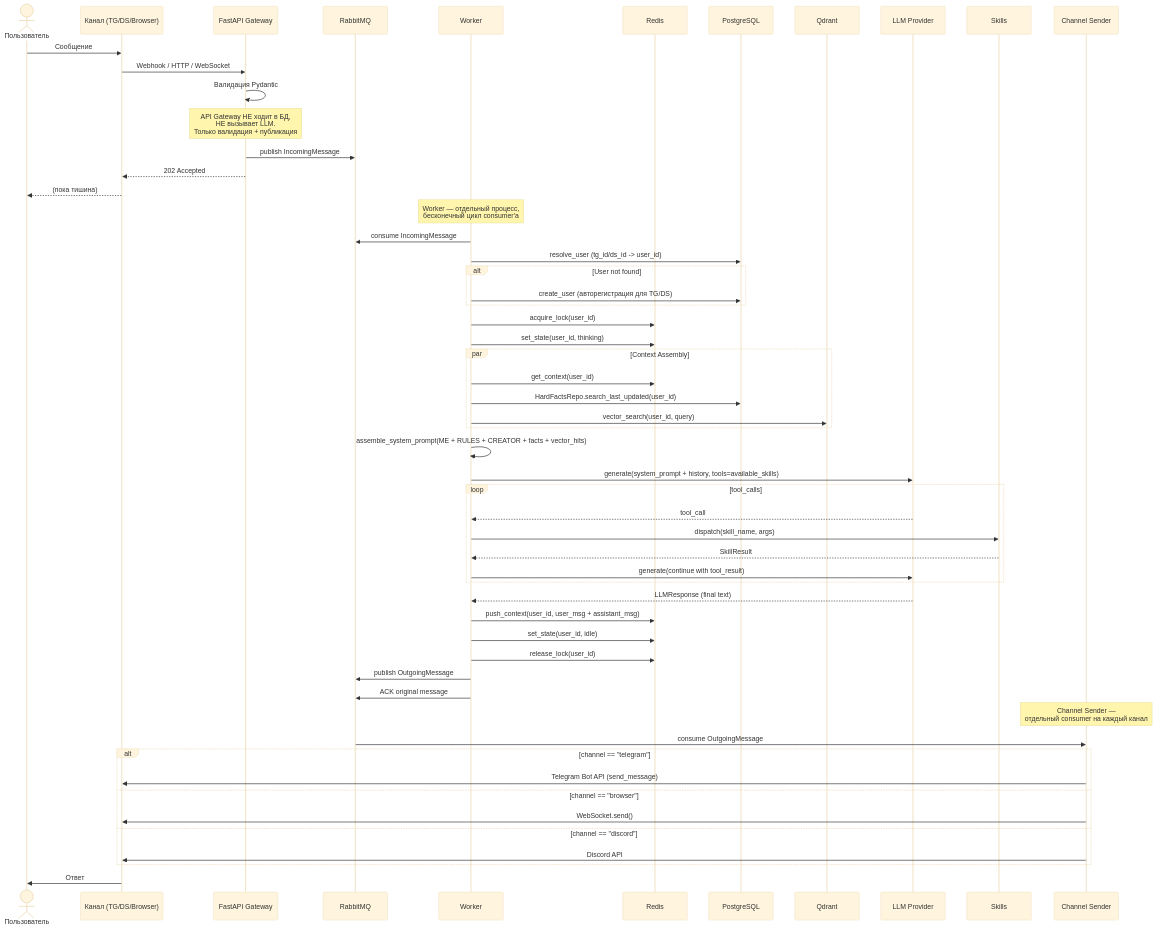
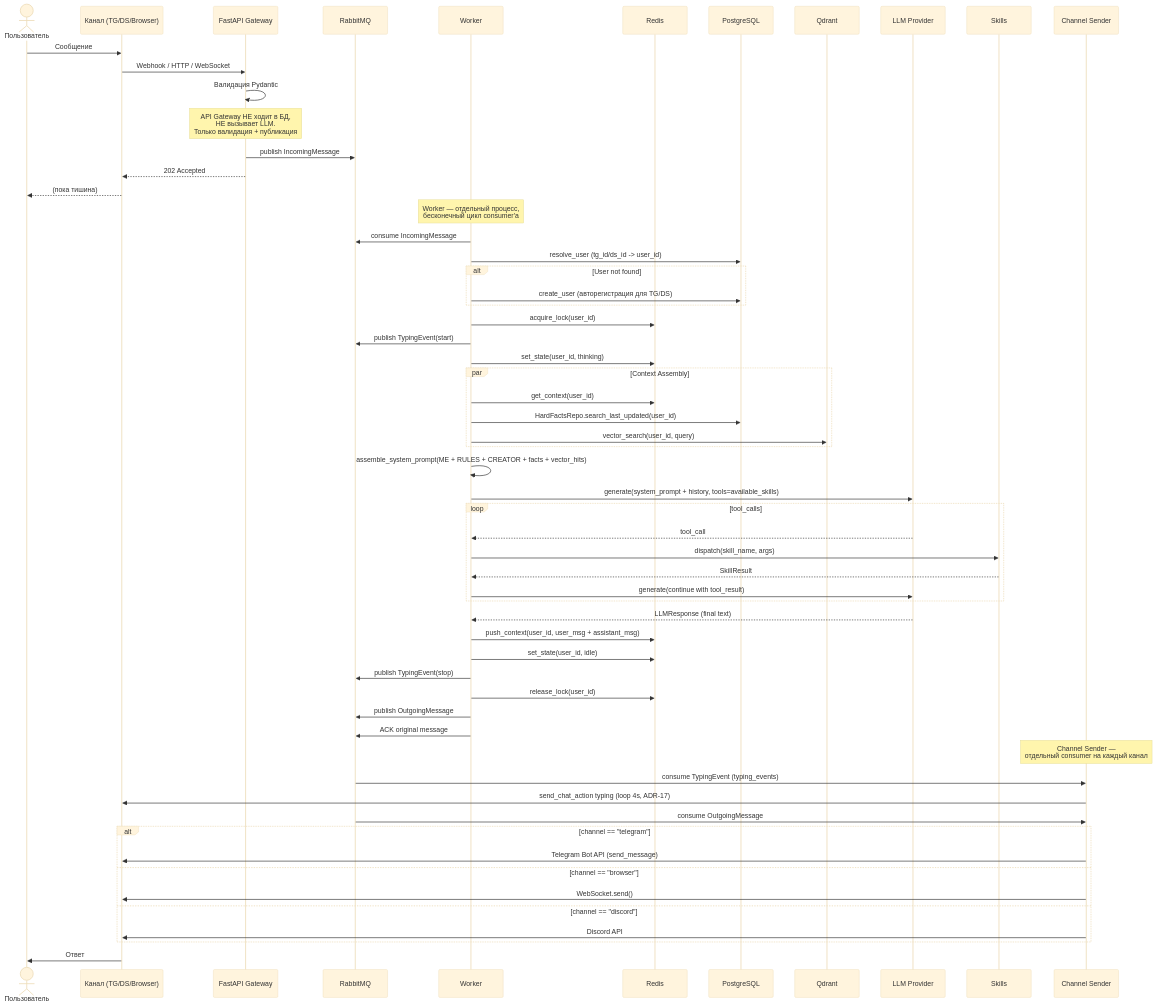
The first of 5 diagrams in docs/ARCHITECTURE_FULL.md (Sh1yden/Nodya), drawn with Mermaid (base theme) before and after one commit. The commit also changed other lines of this file and 30 other files, not shown here.

````diff
--- a/docs/ARCHITECTURE_FULL.md
+++ b/docs/ARCHITECTURE_FULL.md
@@ -115,67 +115,70 @@
 ```mermaid
 sequenceDiagram
     actor U as Пользователь
     participant CH as Канал (TG/DS/Browser)
     participant GW as FastAPI Gateway
     participant MQ as RabbitMQ
     participant W as Worker
     participant R as Redis
     participant PG as PostgreSQL
     participant QD as Qdrant
     participant LLM as LLM Provider
     participant SK as Skills
     participant SN as Channel Sender
 
     U->>CH: Сообщение
     CH->>GW: Webhook / HTTP / WebSocket
     GW->>GW: Валидация Pydantic
     Note over GW: API Gateway НЕ ходит в БД,<br>НЕ вызывает LLM.<br>Только валидация + публикация
     GW->>MQ: publish IncomingMessage
     GW-->>CH: 202 Accepted
     CH-->>U: (пока тишина)
 
     Note over W: Worker — отдельный процесс,<br>бесконечный цикл consumer'а
     
     W->>MQ: consume IncomingMessage
     W->>PG: resolve_user (tg_id/ds_id -> user_id)
     alt User not found
         W->>PG: create_user (авторегистрация для TG/DS)
     end
     W->>R: acquire_lock(user_id)
+    W->>MQ: publish TypingEvent(start)
     W->>R: set_state(user_id, thinking)
     
     par Context Assembly
         W->>R: get_context(user_id)
         W->>PG: HardFactsRepo.search_last_updated(user_id)
         W->>QD: vector_search(user_id, query)
     end
     
     W->>W: assemble_system_prompt(ME + RULES + CREATOR + facts + vector_hits)
     W->>LLM: generate(system_prompt + history, tools=available_skills)
     
     loop tool_calls
         LLM-->>W: tool_call
         W->>SK: dispatch(skill_name, args)
         SK-->>W: SkillResult
         W->>LLM: generate(continue with tool_result)
     end
     
     LLM-->>W: LLMResponse (final text)
     W->>R: push_context(user_id, user_msg + assistant_msg)
     W->>R: set_state(user_id, idle)
+    W->>MQ: publish TypingEvent(stop)
     W->>R: release_lock(user_id)
     W->>MQ: publish OutgoingMessage
     W->>MQ: ACK original message
     
     Note over SN: Channel Sender —<br>отдельный consumer на каждый канал
-    
+    MQ->>SN: consume TypingEvent (typing_events)
+    SN->>CH: send_chat_action typing (loop 4s, ADR-17)
     MQ->>SN: consume OutgoingMessage
     alt channel == "telegram"
         SN->>CH: Telegram Bot API (send_message)
     else channel == "browser"
         SN->>CH: WebSocket.send()
     else channel == "discord"
         SN->>CH: Discord API
     end
     CH->>U: Ответ
 ```
````
